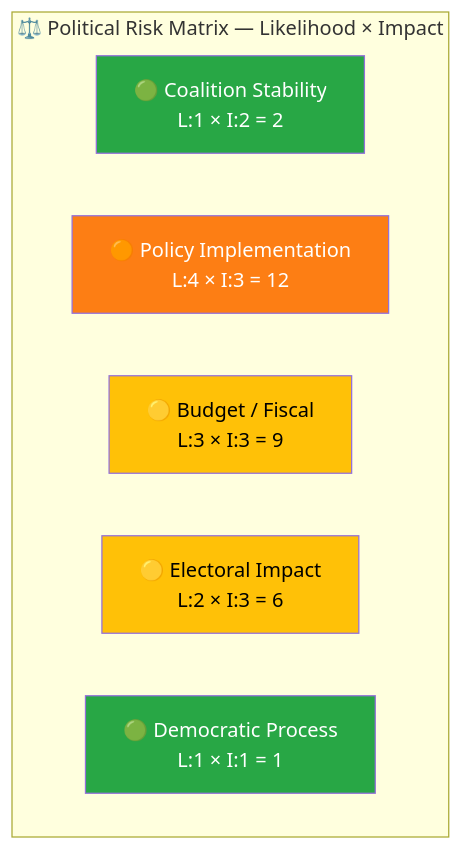
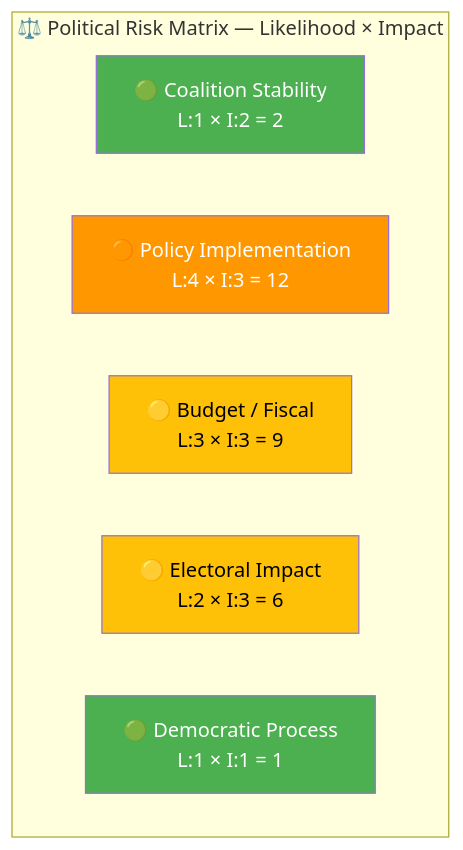
Before and after one commit to Hack23/riksdagsmonitor: the second of 2 diagrams in analysis/daily/2026-04-06/realtime-1029/documents/hd01juu15-analysis.md, drawn with Mermaid. The commit also changed other lines of this file and 785 other files, not shown here.

First line of the commit message:
Normalize mermaid colors across 786 analysis artifacts to ISMS Style Guide palette

````diff
--- a/analysis/daily/2026-04-06/realtime-1029/documents/hd01juu15-analysis.md
+++ b/analysis/daily/2026-04-06/realtime-1029/documents/hd01juu15-analysis.md
@@ -75,16 +75,16 @@
 ```mermaid
 graph TD
     subgraph "⚖️ Political Risk Matrix — Likelihood × Impact"
         R1["🟢 Coalition Stability<br/>L:1 × I:2 = 2"]
         R2["🟠 Policy Implementation<br/>L:4 × I:3 = 12"]
         R3["🟡 Budget / Fiscal<br/>L:3 × I:3 = 9"]
         R4["🟡 Electoral Impact<br/>L:2 × I:3 = 6"]
         R5["🟢 Democratic Process<br/>L:1 × I:1 = 1"]
     end
     
-    style R1 fill:#28a745,color:#fff
-    style R2 fill:#fd7e14,color:#fff
-    style R3 fill:#ffc107,color:#000
-    style R4 fill:#ffc107,color:#000
-    style R5 fill:#28a745,color:#fff
+    style R1 fill:#4CAF50,color:#FFFFFF
+    style R2 fill:#FF9800,color:#FFFFFF
+    style R3 fill:#FFC107,color:#000000
+    style R4 fill:#FFC107,color:#000000
+    style R5 fill:#4CAF50,color:#FFFFFF
 ```
````
